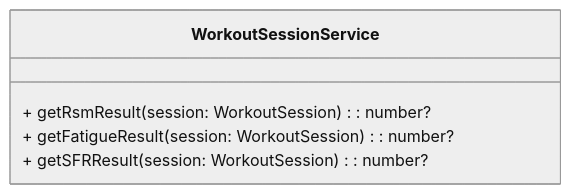
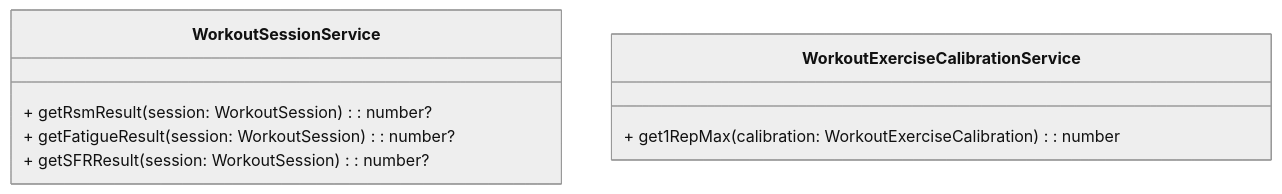
The second of 2 diagrams in packages/core-ts-db-lib/src/documents/dashboard/workouts/workouts.md (aneuhold/ts-libs), drawn with Mermaid (neutral theme) before and after one commit. The commit also changed other lines of this file, not shown here.

````diff
--- a/packages/core-ts-db-lib/src/documents/dashboard/workouts/workouts.md
+++ b/packages/core-ts-db-lib/src/documents/dashboard/workouts/workouts.md
@@ -115,8 +135,12 @@
 ```mermaid
 classDiagram
   class WorkoutSessionService {
     + getRsmResult(session: WorkoutSession): number?
     + getFatigueResult(session: WorkoutSession): number?
     + getSFRResult(session: WorkoutSession): number?
   }
+
+  class WorkoutExerciseCalibrationService {
+    + get1RepMax(calibration: WorkoutExerciseCalibration): number
+  }
 ```
````
